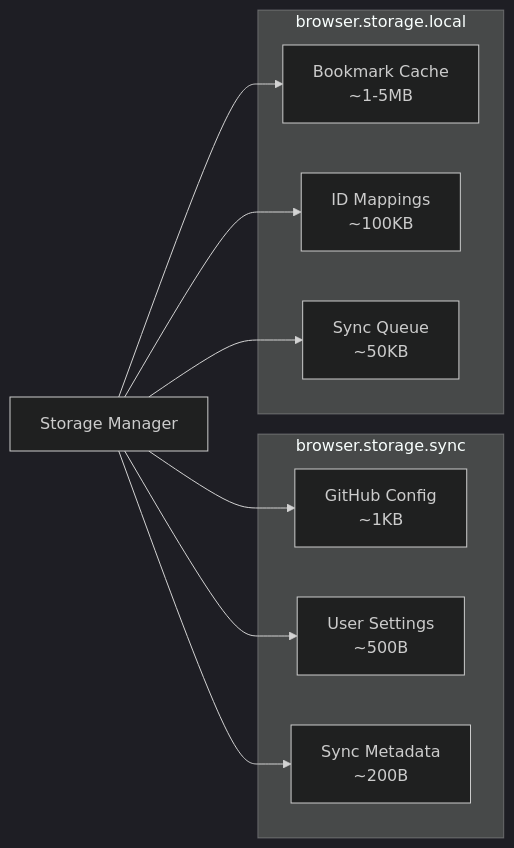
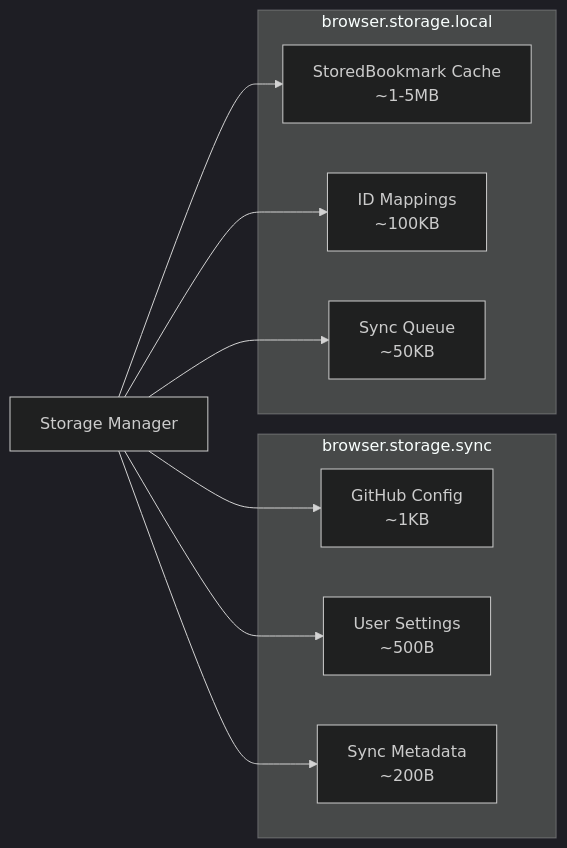
Diagram 11 of 14 in docs/data-flow.md (danlourenco/hubmarks), drawn with Mermaid (dark theme) before and after one commit. The commit also changed other lines of this file and 5 other files, not shown here.

First line of the commit message:
docs: update all documentation for JSON-first architecture

````diff
--- a/docs/data-flow.md
+++ b/docs/data-flow.md
@@ -285,21 +320,27 @@
 ```mermaid
 graph LR
     subgraph "browser.storage.sync"
-        A[GitHub Config<br/>~1KB]
-        B[User Settings<br/>~500B]
-        C[Sync Metadata<br/>~200B]
+        A[GitHub Config
+        ~1KB]
+        B[User Settings
+        ~500B]
+        C[Sync Metadata
+        ~200B]
     end
     
     subgraph "browser.storage.local"
-        D[Bookmark Cache<br/>~1-5MB]
-        E[ID Mappings<br/>~100KB]
-        F[Sync Queue<br/>~50KB]
+        D[StoredBookmark Cache
+        ~1-5MB]
+        E[ID Mappings
+        ~100KB]
+        F[Sync Queue
+        ~50KB]
     end
     
     G[Storage Manager] --> A
     G --> B  
     G --> C
     G --> D
     G --> E
     G --> F
 ```
````
